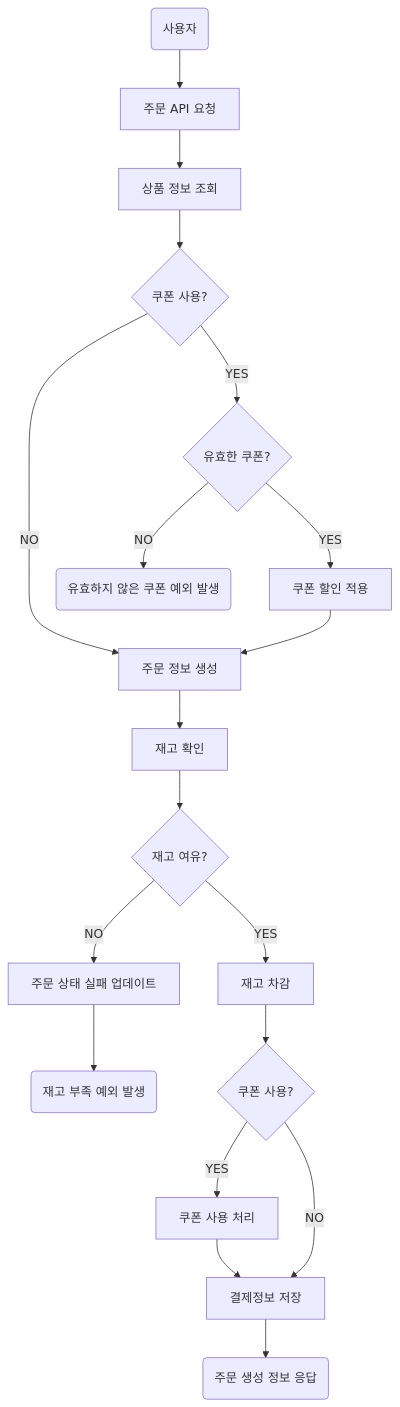
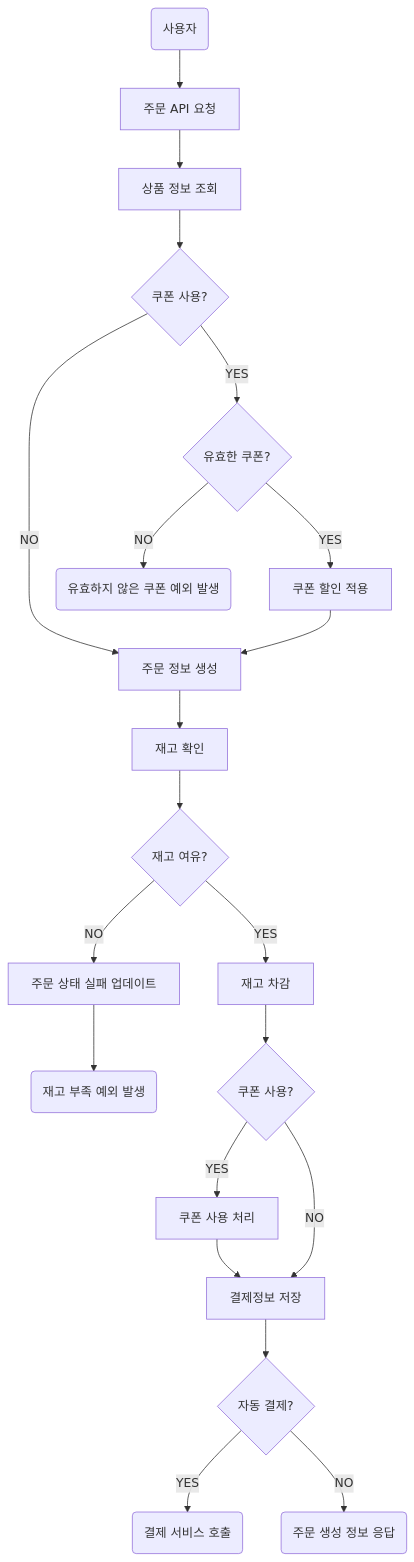
Before and after one commit to ch00kh/e-commerce-sercvice: the fourth of 7 diagrams in docs/requirements-analysis/flowchart.md, drawn with Mermaid. The commit also changed 3 other files, not shown here.

````diff
--- a/docs/requirements-analysis/flowchart.md
+++ b/docs/requirements-analysis/flowchart.md
@@ -52,21 +52,23 @@
 ```mermaid
 flowchart TD
   A(사용자) --> B[주문 API 요청]
   B --> C[상품 정보 조회]
   C --> D{쿠폰 사용?}
   D -- YES --> E{유효한 쿠폰?}
   D -- NO --> I[주문 정보 생성]
   E -- YES--> G[쿠폰 할인 적용]
   E -- NO --> H(유효하지 않은 쿠폰 예외 발생)
   G --> I
   I --> J[재고 확인]
   J --> K{재고 여유?}
   K -- YES --> L[재고 차감]
   K -- NO --> M[주문 상태 실패 업데이트]
   M --> R(재고 부족 예외 발생)
   L --> N{쿠폰 사용?}
   N -- YES --> O[쿠폰 사용 처리]
   O --> P[결제정보 저장]
   N -- NO --> P
-  P --> Q(주문 생성 정보 응답)
+  P --> Q{자동 결제?}
+  Q -- YES --> T(결제 서비스 호출) 
+  Q -- NO --> S(주문 생성 정보 응답)
 ```
````
